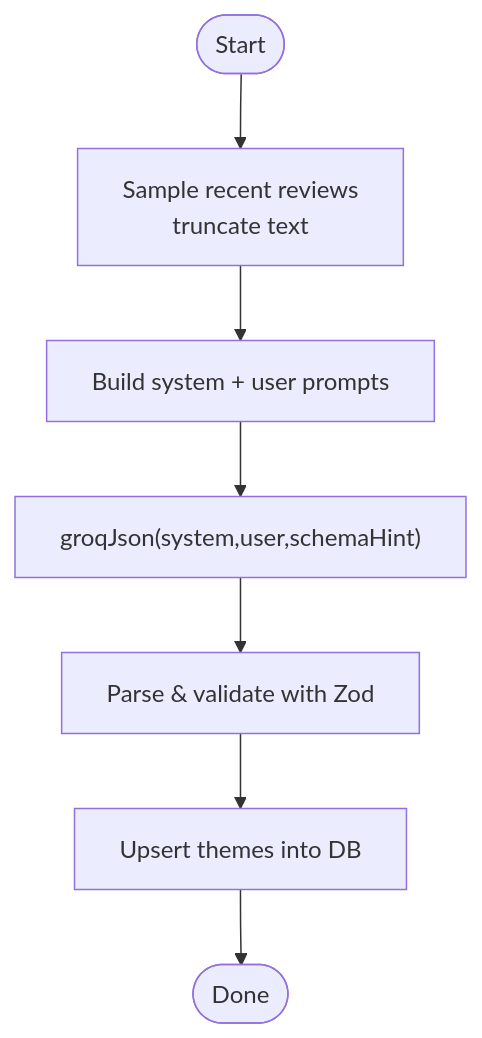
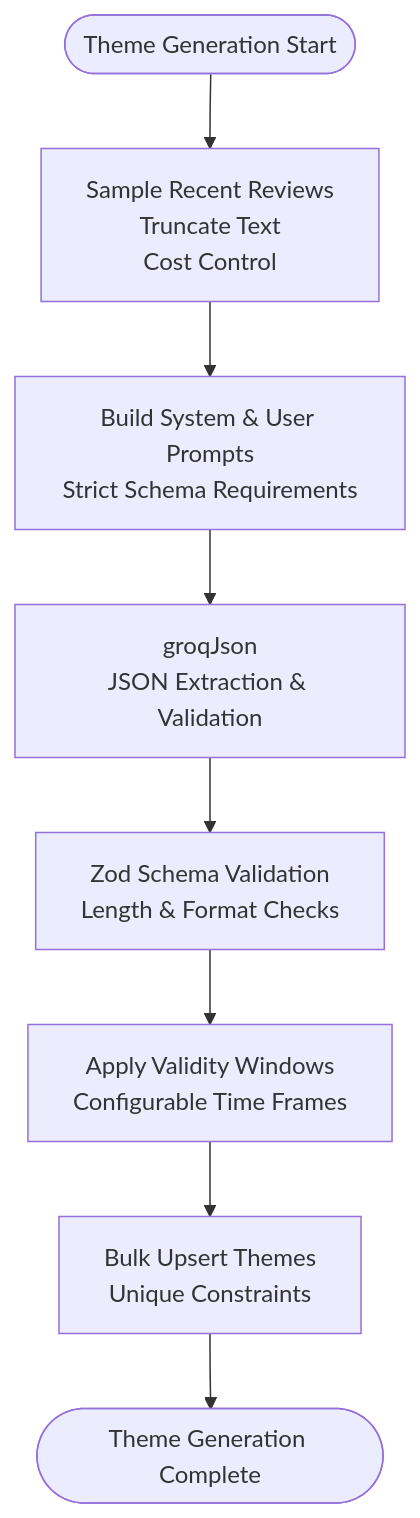
One commit to aravinthraj-ramalingam/Groww-App-Review-Insights-Analyzer- changed the third of 9 diagrams in .qoder/repowiki/en/content/Phase 2_ Advanced Analytics & Automation/Weekly Pulse Generation.md. Above: the diagram before and after it, drawn with Mermaid. The commit also changed other lines of this file and 11 other files, not shown here.

````diff
--- a/.qoder/repowiki/en/content/Phase 2_ Advanced Analytics & Automation/Weekly Pulse Generation.md
+++ b/.qoder/repowiki/en/content/Phase 2_ Advanced Analytics & Automation/Weekly Pulse Generation.md
@@ -191,9 +207,10 @@
 ```mermaid
 flowchart TD
-Start(["Start"]) --> Sample["Sample recent reviews<br/>truncate text"]
-Sample --> Prompt["Build system + user prompts"]
-Prompt --> CallLLM["groqJson(system,user,schemaHint)"]
-CallLLM --> Parse["Parse & validate with Zod"]
-Parse --> Upsert["Upsert themes into DB"]
-Upsert --> End(["Done"])
+Start(["Theme Generation Start"]) --> Sample["Sample Recent Reviews<br/>Truncate Text<br/>Cost Control"]
+Sample --> Prompt["Build System & User Prompts<br/>Strict Schema Requirements"]
+Prompt --> CallLLM["groqJson<br/>JSON Extraction & Validation"]
+CallLLM --> Parse["Zod Schema Validation<br/>Length & Format Checks"]
+Parse --> Window["Apply Validity Windows<br/>Configurable Time Frames"]
+Window --> Upsert["Bulk Upsert Themes<br/>Unique Constraints"]
+Upsert --> End(["Theme Generation Complete"])
 ```
````
